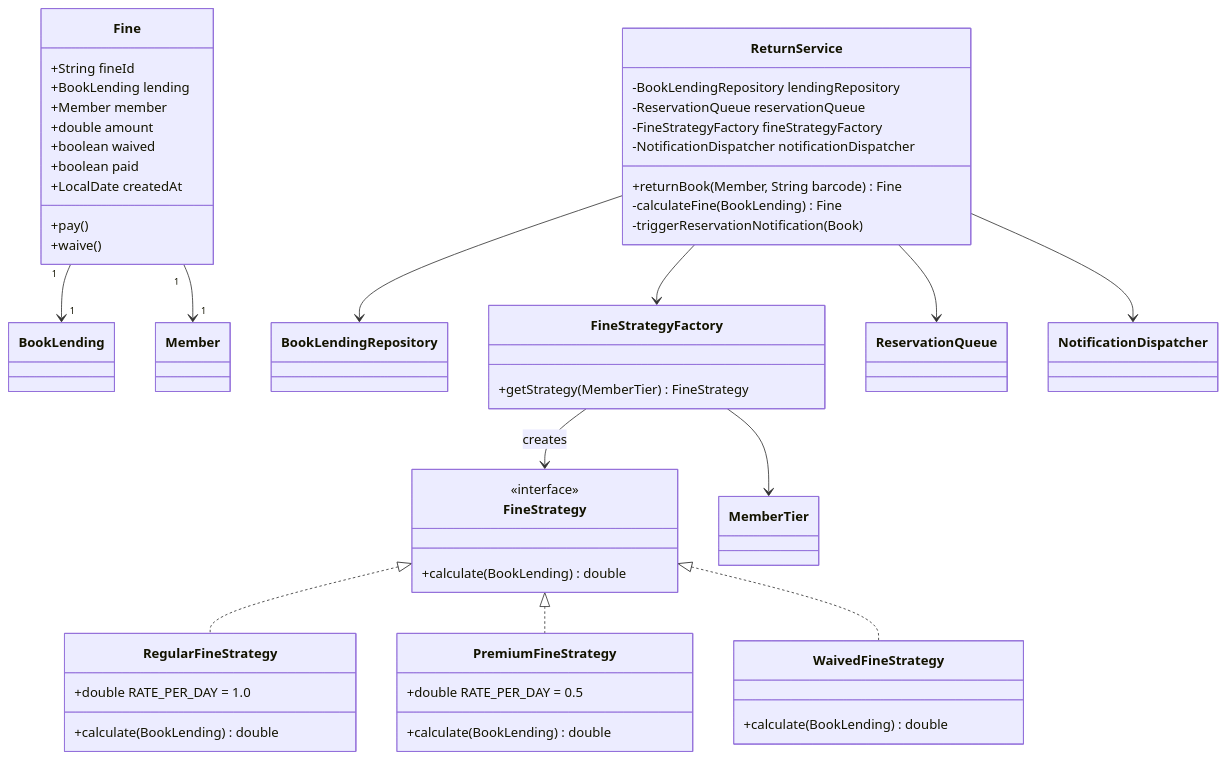
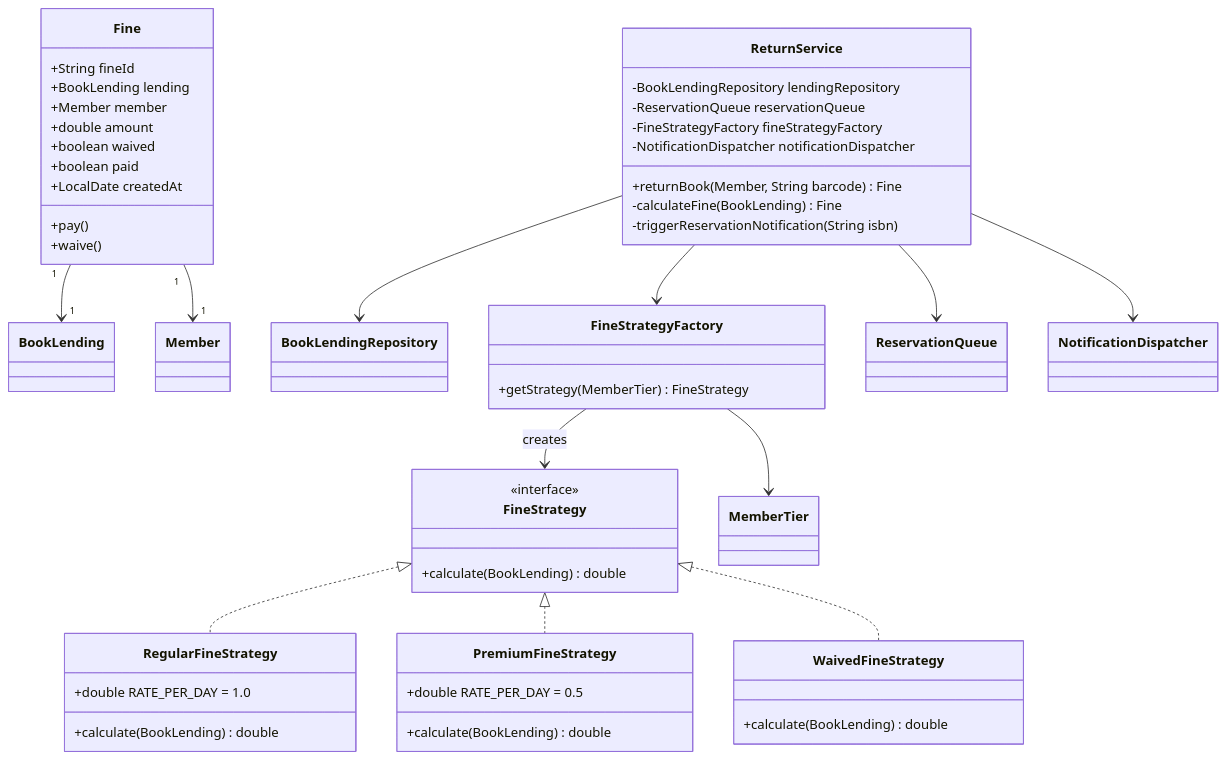
One commit to Arnavjain1703/LLD changed the fourth of 9 diagrams in LibraryManagementSystem/class-diagram.md. Above: the diagram before and after it, drawn with Mermaid. The commit also changed other lines of this file, not shown here.

````diff
--- a/LibraryManagementSystem/class-diagram.md
+++ b/LibraryManagementSystem/class-diagram.md
@@ -265,59 +328,59 @@
 ```mermaid
 classDiagram
     class FineStrategy {
         <<interface>>
         +calculate(BookLending) double
     }
 
     class RegularFineStrategy {
         +double RATE_PER_DAY = 1.0
         +calculate(BookLending) double
     }
 
     class PremiumFineStrategy {
         +double RATE_PER_DAY = 0.5
         +calculate(BookLending) double
     }
 
     class WaivedFineStrategy {
         +calculate(BookLending) double
     }
 
     class FineStrategyFactory {
         +getStrategy(MemberTier) FineStrategy
     }
 
     class Fine {
         +String fineId
         +BookLending lending
         +Member member
         +double amount
         +boolean waived
         +boolean paid
         +LocalDate createdAt
         +pay()
         +waive()
     }
 
     class ReturnService {
         -BookLendingRepository lendingRepository
         -ReservationQueue reservationQueue
         -FineStrategyFactory fineStrategyFactory
         -NotificationDispatcher notificationDispatcher
         +returnBook(Member, String barcode) Fine
         -calculateFine(BookLending) Fine
-        -triggerReservationNotification(Book)
+        -triggerReservationNotification(String isbn)
     }
 
     FineStrategy <|.. RegularFineStrategy
     FineStrategy <|.. PremiumFineStrategy
     FineStrategy <|.. WaivedFineStrategy
     FineStrategyFactory --> FineStrategy : creates
     FineStrategyFactory --> MemberTier
     Fine "1" --> "1" BookLending
     Fine "1" --> "1" Member
     ReturnService --> BookLendingRepository
     ReturnService --> FineStrategyFactory
     ReturnService --> ReservationQueue
     ReturnService --> NotificationDispatcher
 ```
````
